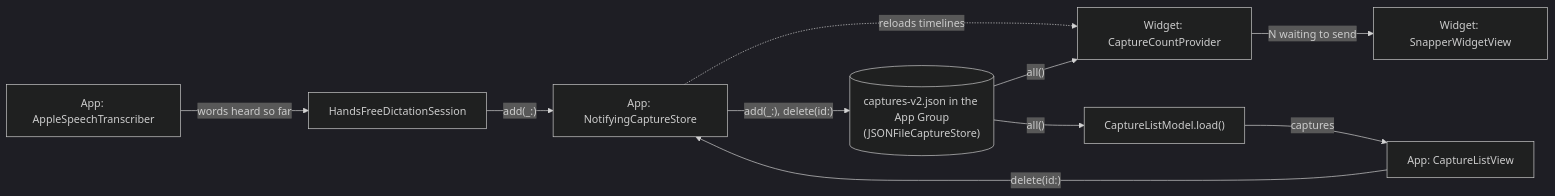
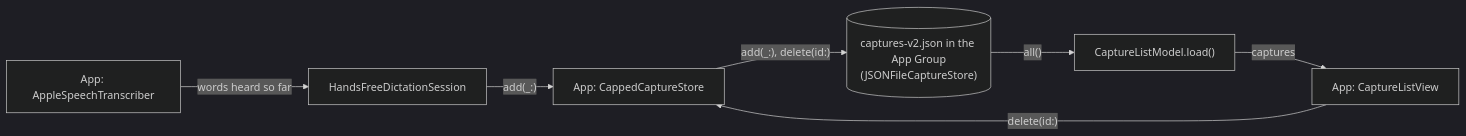
Before and after one commit to southp/buffer-snap: the second of 6 diagrams in docs/architecture.md, drawn with Mermaid (dark theme). The commit also changed other lines of this file and 5 other files, not shown here.

````diff
--- a/docs/architecture.md
+++ b/docs/architecture.md
@@ -109,12 +106,9 @@
 ```mermaid
 flowchart LR
     Mic["App: AppleSpeechTranscriber"] -->|"words heard so far"| Capture
-    Capture["HandsFreeDictationSession"] -->|"add(_:)"| Notifying["App: NotifyingCaptureStore"]
-    Delete["App: CaptureListView"] -->|"delete(id:)"| Notifying
-    Notifying -->|"add(_:), delete(id:)"| Store[("captures-v2.json in the App Group<br/>(JSONFileCaptureStore)")]
-    Notifying -.->|"reloads timelines"| Timeline["Widget: CaptureCountProvider"]
-    Store -->|"all()"| Timeline
-    Timeline -->|"N waiting to send"| Face["Widget: SnapperWidgetView"]
+    Capture["HandsFreeDictationSession"] -->|"add(_:)"| Capped["App: CappedCaptureStore"]
+    Delete["App: CaptureListView"] -->|"delete(id:)"| Capped
+    Capped -->|"add(_:), delete(id:)"| Store[("captures-v2.json in the App Group<br/>(JSONFileCaptureStore)")]
     Store -->|"all()"| List["CaptureListModel.load()"]
     List -->|captures| Delete
 ```
````
